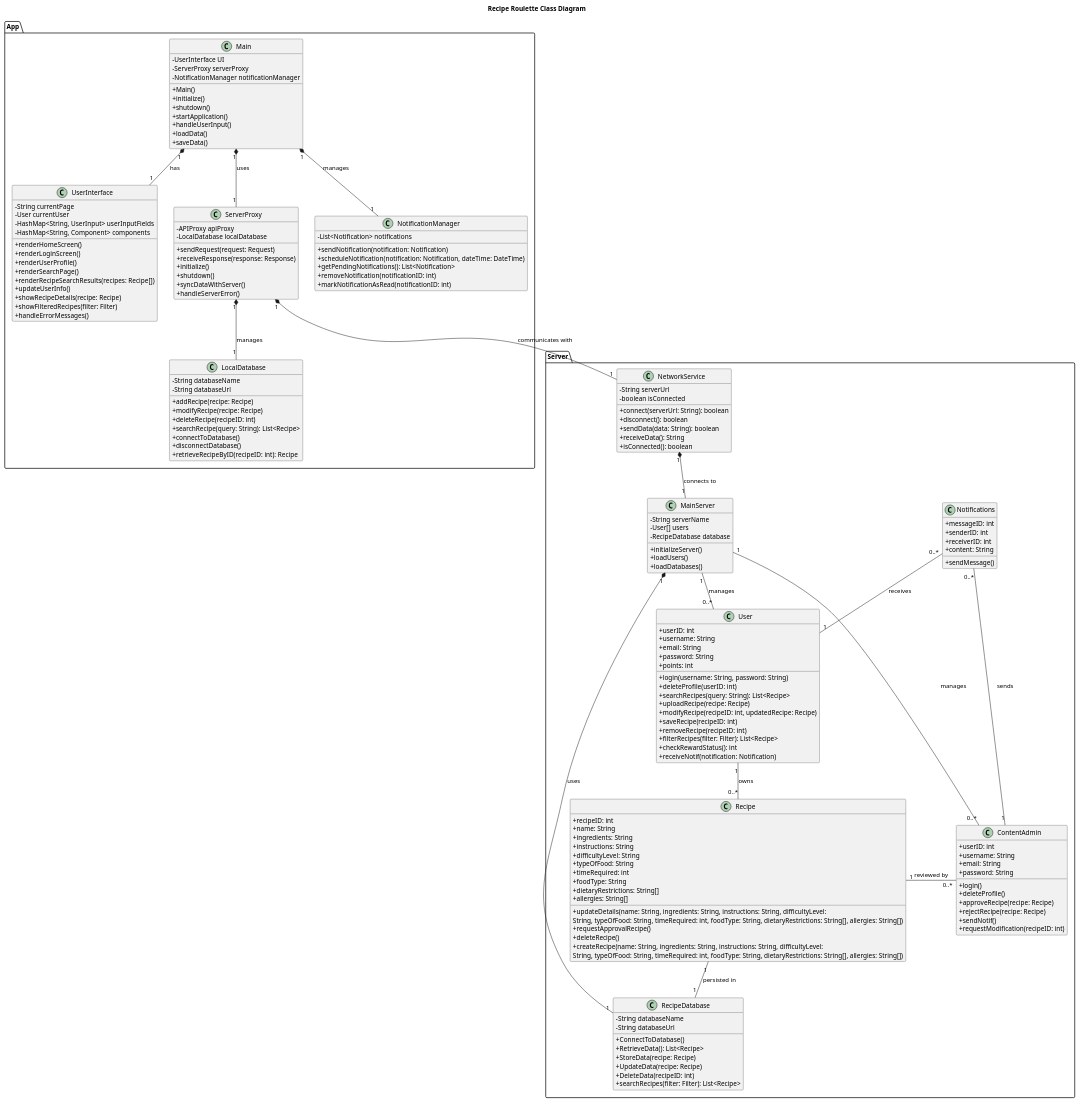
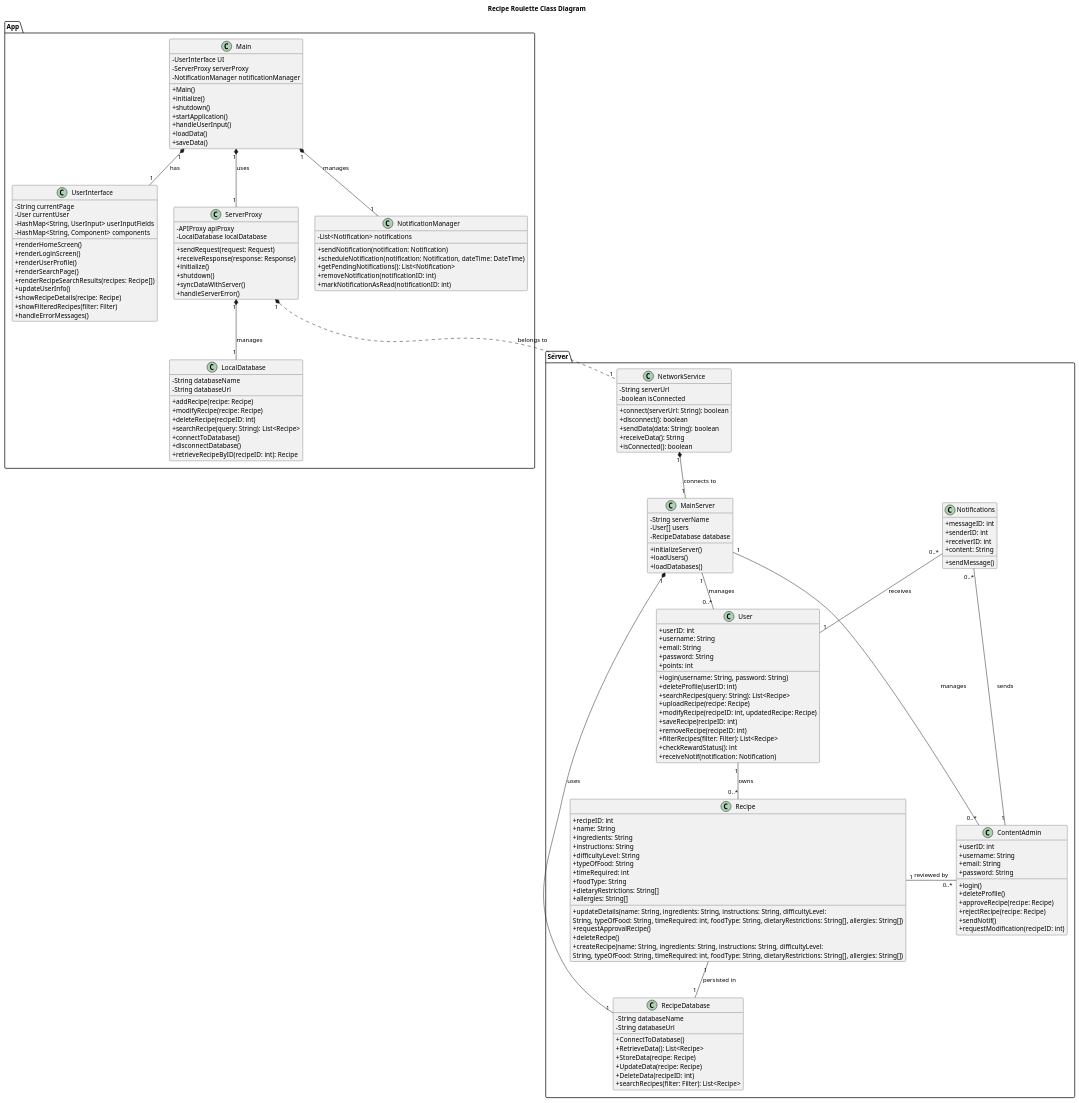
The diagram in DIAGRAMS/class_diagram.puml (carmensat/RECIPE-ROULETTE), drawn with PlantUML before and after one commit.

```diff
--- a/DIAGRAMS/class_diagram.puml
+++ b/DIAGRAMS/class_diagram.puml
@@ -1,178 +1,178 @@
 @startuml
 skinparam classAttributeIconSize 0
 Title: Recipe Roulette Class Diagram
 
 package "App" {
 
     class Main {
         - UserInterface UI
         - ServerProxy serverProxy
         - NotificationManager notificationManager
         +Main()
         +initialize()
         +shutdown()
         +startApplication()
         +handleUserInput()
         +loadData()
         +saveData()
     }
 
     class UserInterface {
         -String currentPage
         -User currentUser
         -HashMap<String, UserInput> userInputFields
         -HashMap<String, Component> components
         + renderHomeScreen()
         + renderLoginScreen()
         + renderUserProfile()
         + renderSearchPage()
         + renderRecipeSearchResults(recipes: Recipe[])
         + updateUserInfo()
         + showRecipeDetails(recipe: Recipe)
         + showFilteredRecipes(filter: Filter)
         + handleErrorMessages()
     }
 
     class ServerProxy {
         - APIProxy apiProxy
         - LocalDatabase localDatabase
         + sendRequest(request: Request)
         + receiveResponse(response: Response)
         + initialize()
         + shutdown()
         + syncDataWithServer()
         + handleServerError()
     }
 
 
 class LocalDatabase {
         -String databaseName
         -String databaseUrl
     + addRecipe(recipe: Recipe)
     + modifyRecipe(recipe: Recipe)
     + deleteRecipe(recipeID: int)
     + searchRecipe(query: String): List<Recipe>
     + connectToDatabase()
     + disconnectDatabase()
     + retrieveRecipeByID(recipeID: int): Recipe
 }
 class NotificationManager {
     - List<Notification> notifications
     + sendNotification(notification: Notification)
     + scheduleNotification(notification: Notification, dateTime: DateTime)
     + getPendingNotifications(): List<Notification>
     + removeNotification(notificationID: int)
     + markNotificationAsRead(notificationID: int)
 }
 
     Main "1" *-- "1" UserInterface : "has"
     Main "1" *-- "1" ServerProxy : "uses"
     Main "1" *-- "1" NotificationManager : "manages"
     ServerProxy "1" *-- "1" LocalDatabase : "manages"
 }
 
 package "Server" {
 
     class MainServer {
         -String serverName
         -User[] users
         -RecipeDatabase database
         +initializeServer()
         +loadUsers()
         +loadDatabases()
     }
 
 
 class User {
     +userID: int
     +username: String
     +email: String
     +password: String
     +points: int
     +login(username: String, password: String)
     +deleteProfile(userID: int)
     +searchRecipes(query: String): List<Recipe>
     +uploadRecipe(recipe: Recipe)
     +modifyRecipe(recipeID: int, updatedRecipe: Recipe)
     +saveRecipe(recipeID: int)
     +removeRecipe(recipeID: int)
     +filterRecipes(filter: Filter): List<Recipe>
     +checkRewardStatus(): int
     +receiveNotif(notification: Notification)
 }
 
 class Recipe {
     +recipeID: int
     +name: String
     +ingredients: String
     +instructions: String
     +difficultyLevel: String
     +typeOfFood: String
     +timeRequired: int
     +foodType: String
     +dietaryRestrictions: String[]
     +allergies: String[]
     +updateDetails(name: String, ingredients: String, instructions: String, difficultyLevel: 
 String, typeOfFood: String, timeRequired: int, foodType: String, dietaryRestrictions: String[], allergies: String[])
     +requestApprovalRecipe()
     +deleteRecipe()
     +createRecipe(name: String, ingredients: String, instructions: String, difficultyLevel:
  String, typeOfFood: String, timeRequired: int, foodType: String, dietaryRestrictions: String[], allergies: String[])
 }
 
     class ContentAdmin {
         +userID: int
         +username: String
         +email: String
         +password: String
         +login()
         +deleteProfile()
         +approveRecipe(recipe: Recipe)
         +rejectRecipe(recipe: Recipe)
         +sendNotif()
         +requestModification(recipeID: int)
     }
 
     class Notifications {
         +messageID: int
         +senderID: int
         +receiverID: int
         +content: String
         +sendMessage()
     }
 
 
 class RecipeDatabase {
     -String databaseName
     -String databaseUrl
     +ConnectToDatabase()
     +RetrieveData(): List<Recipe>
     +StoreData(recipe: Recipe)
     +UpdateData(recipe: Recipe)
     +DeleteData(recipeID: int)
     +searchRecipes(filter: Filter): List<Recipe>
 }
 
 class NetworkService {
     - String serverUrl
     - boolean isConnected
     + connect(serverUrl: String): boolean
     + disconnect(): boolean
     + sendData(data: String): boolean
     + receiveData(): String
     + isConnected(): boolean
 }
 
     MainServer "1" -- "0..*" User : "manages"
     MainServer "1" -- "0..*" ContentAdmin : "manages"
     User "1" -- "0..*" Recipe : "owns"
     Recipe "1" -right- "0..*" ContentAdmin : "reviewed by"
     Recipe "1" -- "1" RecipeDatabase : "persisted in"
     Notifications "0..*" -- "1" ContentAdmin : "sends"
     Notifications "0..*" -- "1" User : "receives"
     MainServer "1" *-- "1" RecipeDatabase : "uses"
-    ServerProxy "1" *-- "1" NetworkService : "communicates with"
+    ServerProxy "1" *.. "1" NetworkService : "belongs to"
     NetworkService "1" *-- "1" MainServer : "connects to"
 }
 
 @enduml
```
